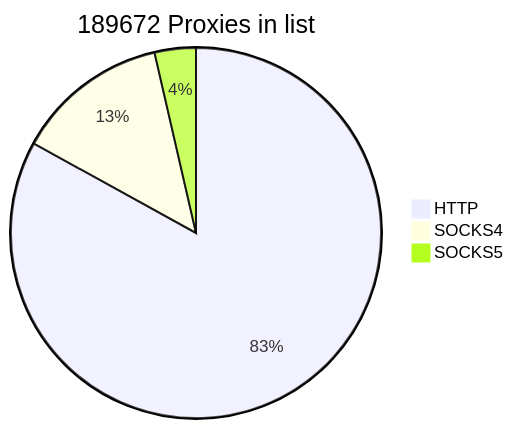
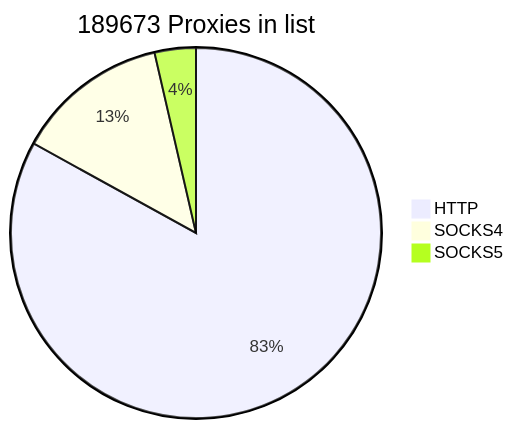
One commit to cutipu/proxylist changed the first of 2 diagrams in README.md. Above: the diagram before and after it, drawn with Mermaid. The commit also changed other lines of this file, not shown here.

````diff
--- a/README.md
+++ b/README.md
@@ -2,7 +2,7 @@
 ```mermaid
-pie title 189672 Proxies in list
+pie title 189673 Proxies in list
     "HTTP" : 157467
-    "SOCKS4" : 25379
+    "SOCKS4" : 25380
     "SOCKS5" : 6826
             
 ```
````
